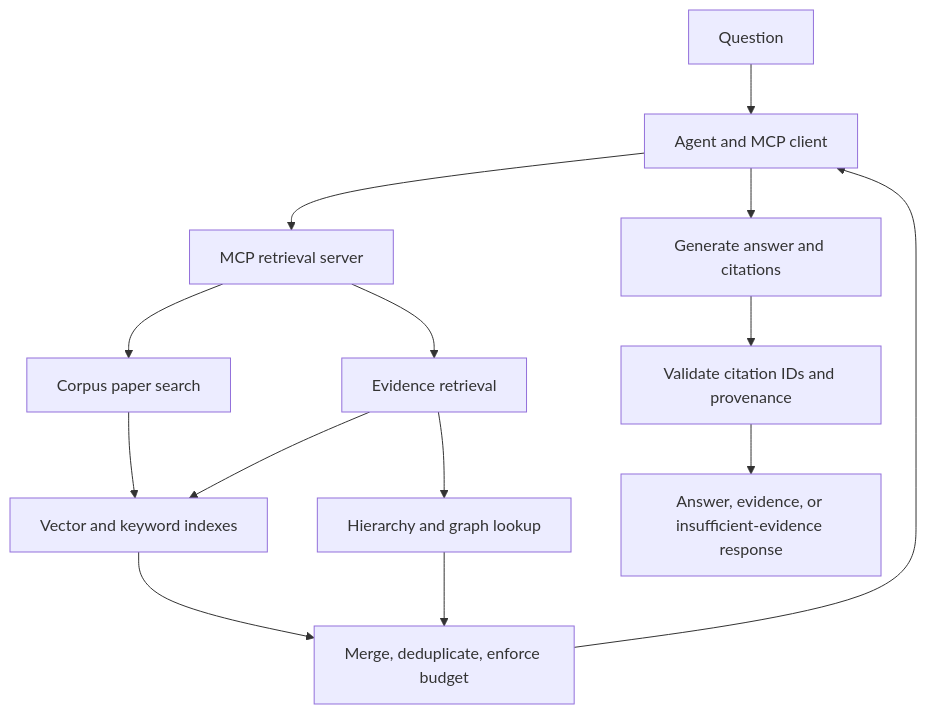
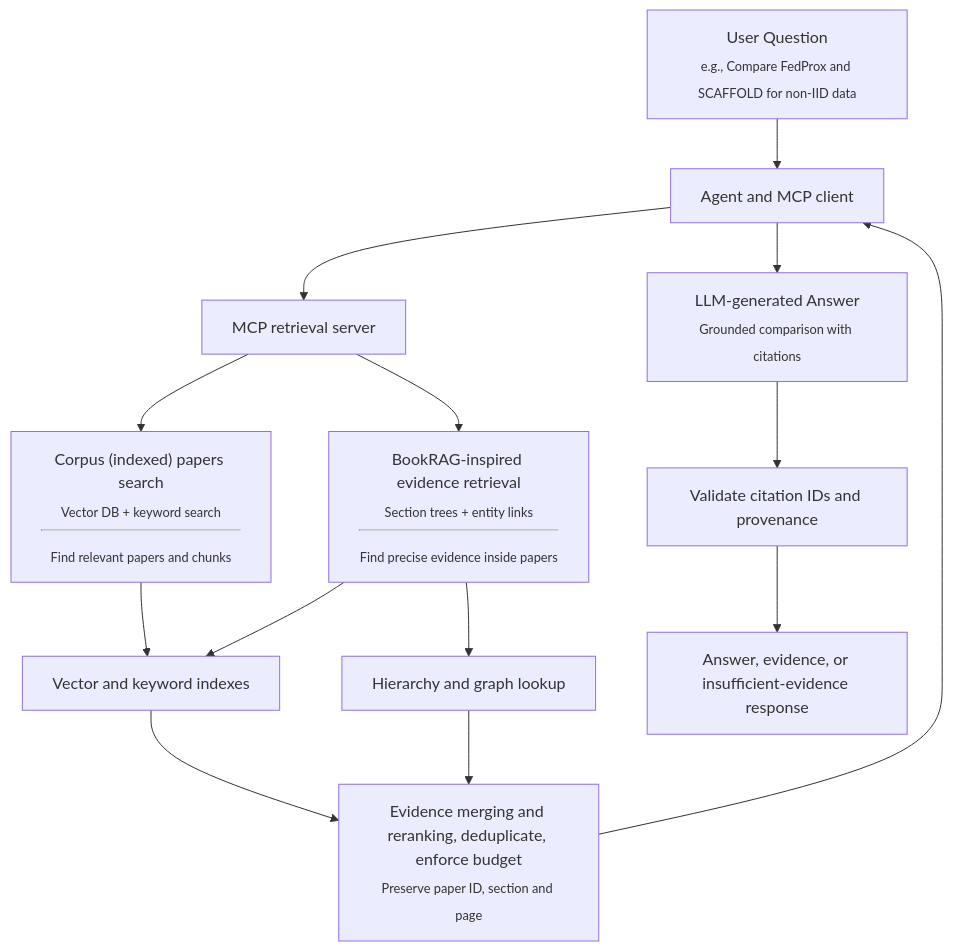
Before and after one commit to ifirdavs/bookrag-augmented: the second of 2 diagrams in README.md, drawn with Mermaid.

Commit message:
chore: Update README with detailed flowchart and decsriptions

````diff
--- a/README.md
+++ b/README.md
@@ -80,16 +80,16 @@
 ```mermaid
 flowchart TD
-    A["Question"] --> B["Agent and MCP client"]
+    A["User Question<br><sub style='font-size:0.8em'>e.g., Compare FedProx and SCAFFOLD for non-IID data</sub>"] --> B["Agent and MCP client"]
     B --> C["MCP retrieval server"]
-    C --> D["Corpus paper search"]
-    C --> E["Evidence retrieval"]
+    C --> D["Corpus (indexed) papers search<br><sub style='font-size:0.8em'>Vector DB + keyword search</sub><br><hr><sub style='font-size:0.8em'>Find relevant papers and chunks</sub>"]
+    C --> E["BookRAG-inspired evidence retrieval<br><sub style='font-size:0.8em'>Section trees + entity links</sub><br><hr><sub style='font-size:0.8em'>Find precise evidence inside papers</sub>"]
     D --> F["Vector and keyword indexes"]
     E --> F
     E --> G["Hierarchy and graph lookup"]
-    F --> H["Merge, deduplicate, enforce budget"]
+    F --> H["Evidence merging and reranking, deduplicate, enforce budget<br><sub style='font-size:0.8em'>Preserve paper ID, section and page</sub>"]
     G --> H
     H --> B
-    B --> I["Generate answer and citations"]
+    B --> I["LLM-generated Answer<br><sub style='font-size:0.8em'>Grounded comparison with citations</sub>"]
     I --> J["Validate citation IDs and provenance"]
     J --> K["Answer, evidence, or insufficient-evidence response"]
 ```
````
